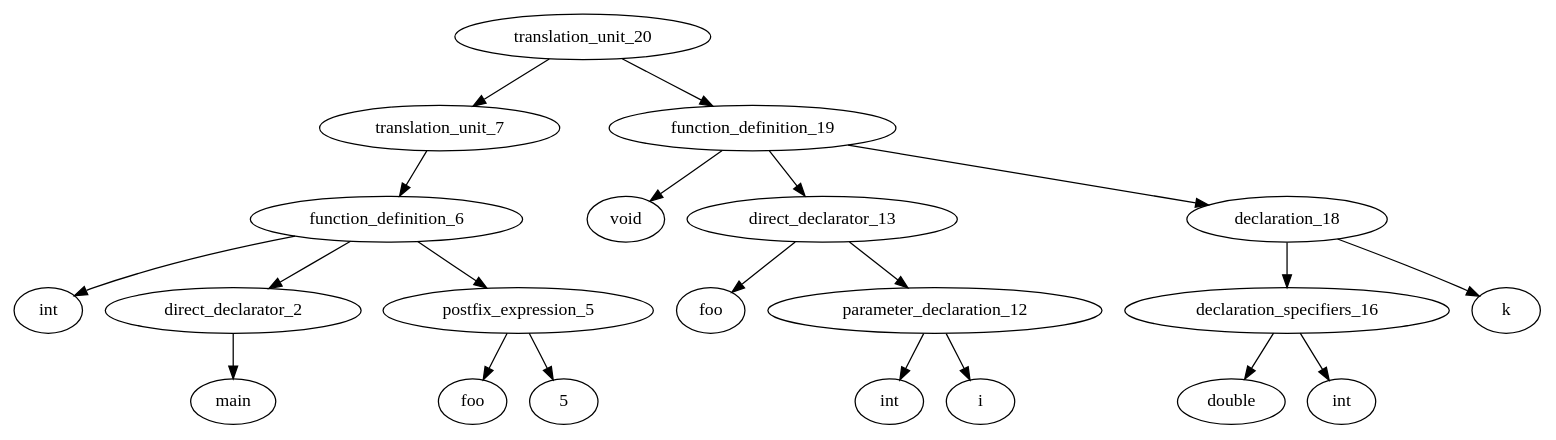
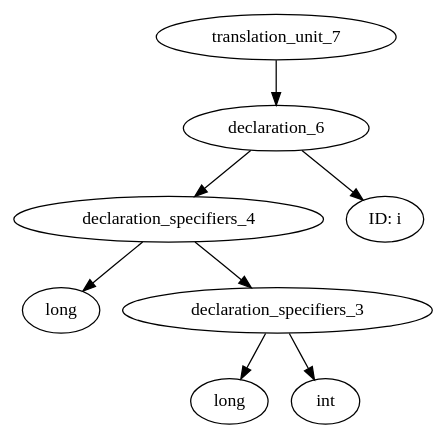
Before and after one commit to ahpalmerUNR/c_compiler: the diagram in graphs/default.gv, drawn with Graphviz. The commit also changed 12 other files, not shown here.

Commit message:
[WIP] Type node and Declaration Specifier Node

```diff
--- a/graphs/default.gv
+++ b/graphs/default.gv
@@ -1,33 +1,16 @@
 digraph AST {
-	translation_unit_20 -> translation_unit_7;
-	translation_unit_7 -> function_definition_6;
-	function_definition_6 -> type_specifier_0;
-	type_specifier_0 [label="int"]
-	function_definition_6 -> direct_declarator_2;
-	direct_declarator_2 -> identifier_1;
-	identifier_1 [label="main"]
-	function_definition_6 -> postfix_expression_5;
-	postfix_expression_5 -> identifier_3;
-	identifier_3 [label="foo"]
-	postfix_expression_5 -> constant_4;
-	constant_4 [label="5"]
-	translation_unit_20 -> function_definition_19;
-	function_definition_19 -> type_specifier_8;
-	type_specifier_8 [label="void"]
-	function_definition_19 -> direct_declarator_13;
-	direct_declarator_13 -> identifier_9;
-	identifier_9 [label="foo"]
-	direct_declarator_13 -> parameter_declaration_12;
-	parameter_declaration_12 -> type_specifier_10;
-	type_specifier_10 [label="int"]
-	parameter_declaration_12 -> identifier_11;
-	identifier_11 [label="i"]
-	function_definition_19 -> declaration_18;
-	declaration_18 -> declaration_specifiers_16;
-	declaration_specifiers_16 -> type_specifier_14;
-	type_specifier_14 [label="double"]
-	declaration_specifiers_16 -> type_specifier_15;
-	type_specifier_15 [label="int"]
-	declaration_18 -> identifier_17;
-	identifier_17 [label="k"]
+	translation_unit_7 -> declaration_6;
+	declaration_6 [label="declaration_6"]
+	declaration_6 -> declaration_specifiers_4;
+	declaration_specifiers_4 [label="declaration_specifiers_4"]
+	declaration_specifiers_4 -> type_specifier_0;
+	type_specifier_0 [label="long"]
+	declaration_specifiers_4 -> declaration_specifiers_3;
+	declaration_specifiers_3 [label="declaration_specifiers_3"]
+	declaration_specifiers_3 -> type_specifier_1;
+	type_specifier_1 [label="long"]
+	declaration_specifiers_3 -> type_specifier_2;
+	type_specifier_2 [label="int"]
+	declaration_6 -> identifier_5;
+	identifier_5 [label="ID: i"]
 }
```
